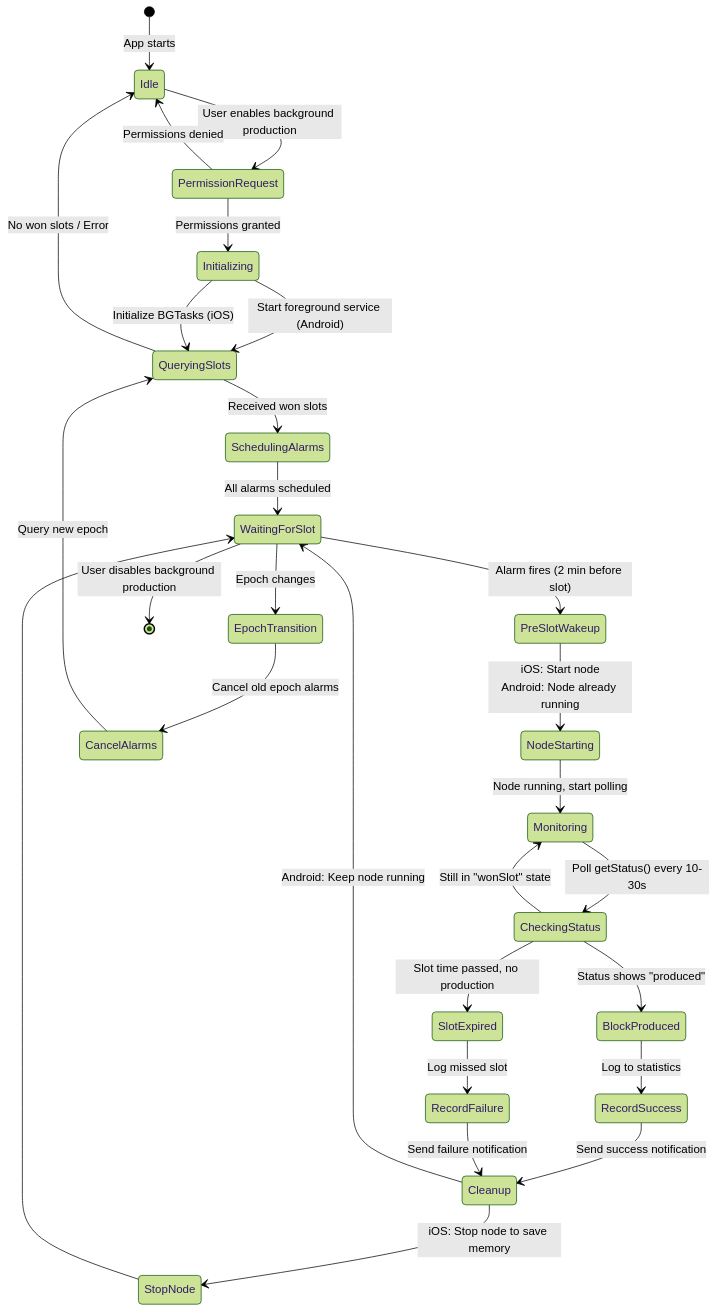
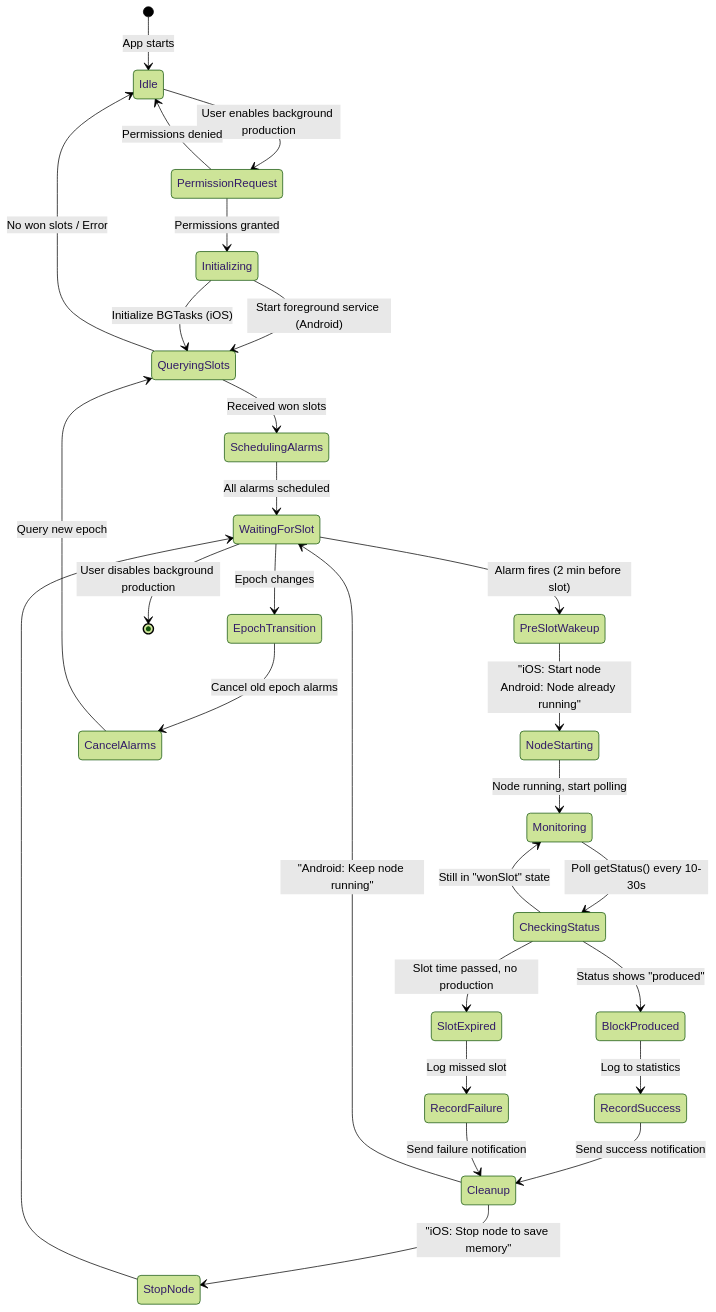
Before and after one commit to Usernode-Labs/flutter-mobile-app: the fourth of 4 diagrams in docs/background-block-production.md, drawn with Mermaid (forest theme).

Commit message:
Update the implementation steps

````diff
--- a/docs/background-block-production.md
+++ b/docs/background-block-production.md
@@ -403,44 +403,44 @@
 ```mermaid
 stateDiagram-v2
     [*] --> Idle: App starts
 
     Idle --> PermissionRequest: User enables background production
     PermissionRequest --> Initializing: Permissions granted
     PermissionRequest --> Idle: Permissions denied
 
     Initializing --> QueryingSlots: Start foreground service (Android)
     Initializing --> QueryingSlots: Initialize BGTasks (iOS)
 
     QueryingSlots --> SchedulingAlarms: Received won slots
     QueryingSlots --> Idle: No won slots / Error
 
     SchedulingAlarms --> WaitingForSlot: All alarms scheduled
 
     WaitingForSlot --> PreSlotWakeup: Alarm fires (2 min before slot)
     WaitingForSlot --> EpochTransition: Epoch changes
 
-    PreSlotWakeup --> NodeStarting: iOS: Start node<br/>Android: Node already running
+    PreSlotWakeup --> NodeStarting: "iOS: Start node<br/>Android: Node already running"
 
     NodeStarting --> Monitoring: Node running, start polling
 
     Monitoring --> CheckingStatus: Poll getStatus() every 10-30s
 
     CheckingStatus --> BlockProduced: Status shows "produced"
     CheckingStatus --> SlotExpired: Slot time passed, no production
     CheckingStatus --> Monitoring: Still in "wonSlot" state
 
     BlockProduced --> RecordSuccess: Log to statistics
     SlotExpired --> RecordFailure: Log missed slot
 
     RecordSuccess --> Cleanup: Send success notification
     RecordFailure --> Cleanup: Send failure notification
 
-    Cleanup --> StopNode: iOS: Stop node to save memory
-    Cleanup --> WaitingForSlot: Android: Keep node running
+    Cleanup --> StopNode: "iOS: Stop node to save memory"
+    Cleanup --> WaitingForSlot: "Android: Keep node running"
     StopNode --> WaitingForSlot
 
     EpochTransition --> CancelAlarms: Cancel old epoch alarms
     CancelAlarms --> QueryingSlots: Query new epoch
 
     WaitingForSlot --> [*]: User disables background production
 ```
````
